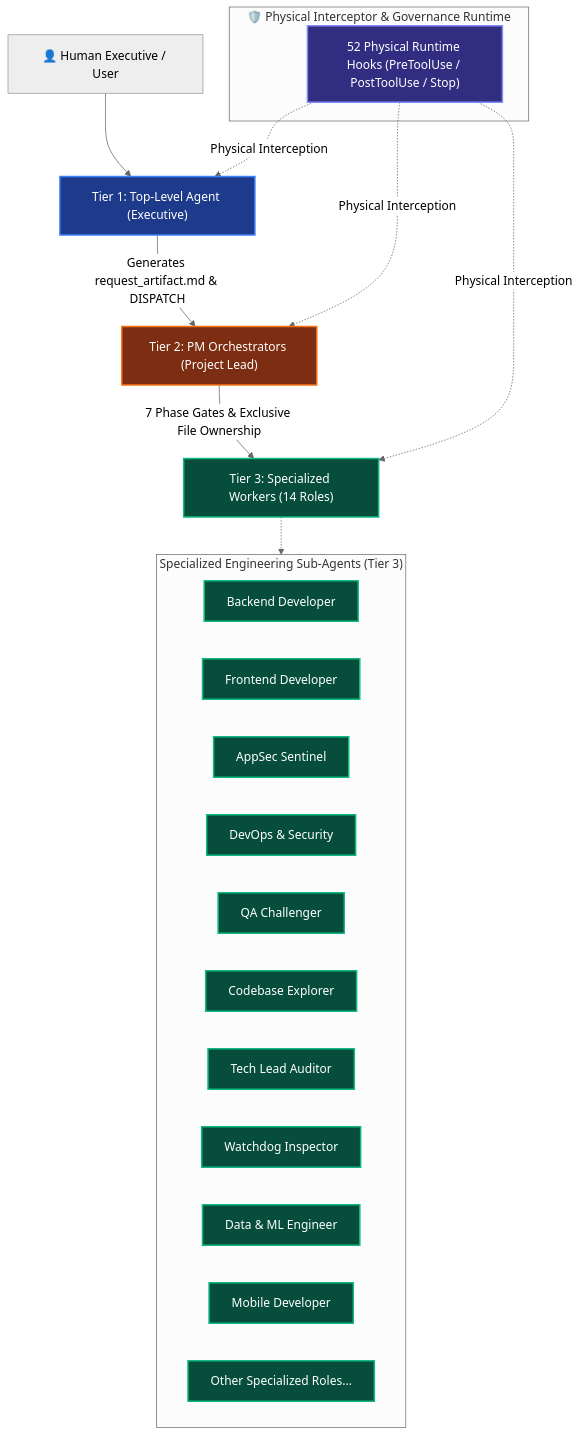
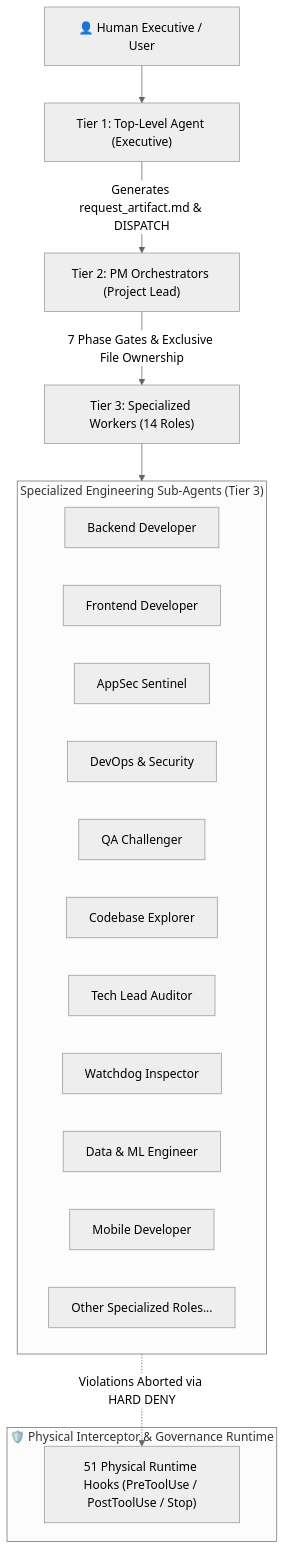
One commit to nep94121-lab/enterprise-agent-governance changed the first of 2 diagrams in README.md. Above: the diagram before and after it, drawn with Mermaid (neutral theme). The commit also changed other lines of this file and 12 other files, not shown here.

````diff
--- a/README.md
+++ b/README.md
@@ -32,41 +74,34 @@
 ```mermaid
 graph TD
     classDef executive fill:#1e3a8a,stroke:#3b82f6,stroke-width:2px,color:#fff;
     classDef pm fill:#7c2d12,stroke:#f97316,stroke-width:2px,color:#fff;
     classDef worker fill:#064e3b,stroke:#10b981,stroke-width:2px,color:#fff;
     classDef hooks fill:#312e81,stroke:#818cf8,stroke-width:2px,color:#fff;
 
     User["👤 Human Executive / User"] --> Tier1["Tier 1: Top-Level Agent (Executive)"]
     
     subgraph Constitution ["🛡️ Physical Interceptor & Governance Runtime"]
-        Hooks["52 Physical Runtime Hooks (PreToolUse / PostToolUse / Stop)"]
+        Hooks["51 Physical Runtime Hooks (PreToolUse / PostToolUse / Stop)"]
     end
     
     Tier1 -->|Generates request_artifact.md & DISPATCH| Tier2["Tier 2: PM Orchestrators (Project Lead)"]
     
     Tier2 -->|7 Phase Gates & Exclusive File Ownership| Tier3["Tier 3: Specialized Workers (14 Roles)"]
     
     subgraph Workers ["Specialized Engineering Sub-Agents (Tier 3)"]
         W1["Backend Developer"]
         W2["Frontend Developer"]
         W3["AppSec Sentinel"]
         W4["DevOps & Security"]
         W5["QA Challenger"]
         W6["Codebase Explorer"]
         W7["Tech Lead Auditor"]
         W8["Watchdog Inspector"]
         W9["Data & ML Engineer"]
         W10["Mobile Developer"]
         W11["Other Specialized Roles..."]
     end
-
-    Tier3 -.-> Workers
-    Hooks -.->|Physical Interception| Tier1
-    Hooks -.->|Physical Interception| Tier2
-    Hooks -.->|Physical Interception| Tier3
-
-    class Tier1 executive;
-    class Tier2 pm;
-    class Tier3,W1,W2,W3,W4,W5,W6,W7,W8,W9,W10,W11 worker;
-    class Hooks hooks;
+    
+    Tier3 --> Workers
+    Workers -.->|Violations Aborted via HARD DENY| Hooks
 ```
````
